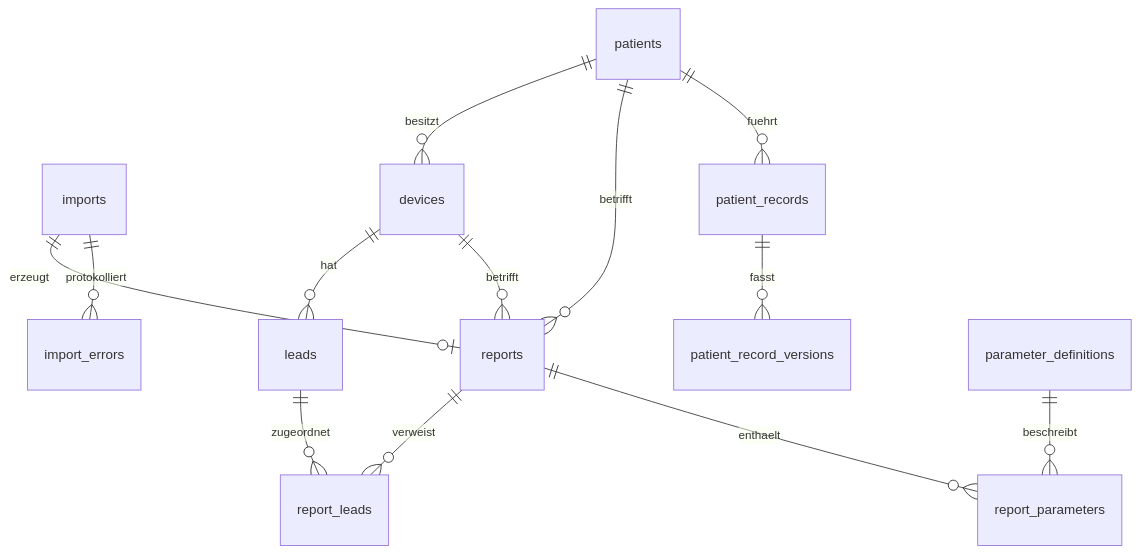
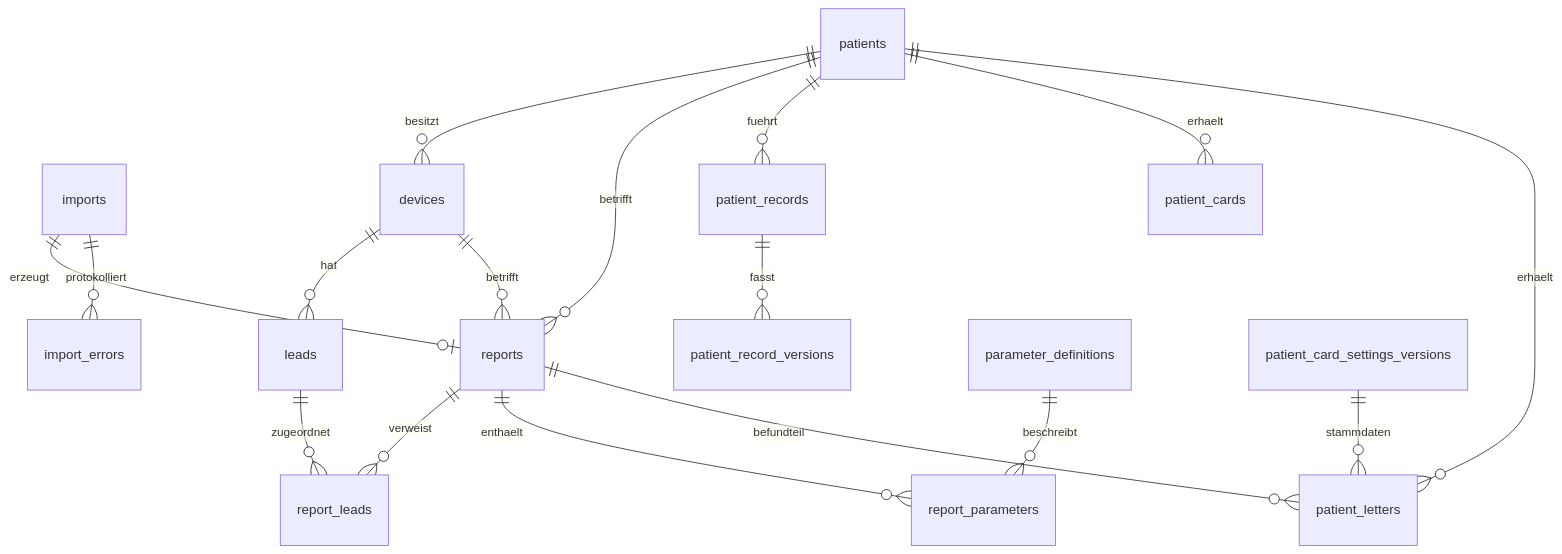
One commit to dareinelt/HSM2Med changed the diagram in README.md. Above: the diagram before and after it, drawn with Mermaid. The commit also changed other lines of this file and 73 other files, not shown here.

````diff
--- a/README.md
+++ b/README.md
@@ -515,15 +616,19 @@
 ```mermaid
 erDiagram
     imports ||--o| reports : erzeugt
     imports ||--o{ import_errors : protokolliert
     patients ||--o{ devices : besitzt
     patients ||--o{ reports : betrifft
     patients ||--o{ patient_records : fuehrt
     patient_records ||--o{ patient_record_versions : fasst
     devices ||--o{ leads : hat
     devices ||--o{ reports : betrifft
     reports ||--o{ report_leads : verweist
     leads ||--o{ report_leads : zugeordnet
     reports ||--o{ report_parameters : enthaelt
     parameter_definitions ||--o{ report_parameters : beschreibt
+    patients ||--o{ patient_cards : erhaelt
+    patients ||--o{ patient_letters : erhaelt
+    reports ||--o{ patient_letters : befundteil
+    patient_card_settings_versions ||--o{ patient_letters : stammdaten
 ```
````
